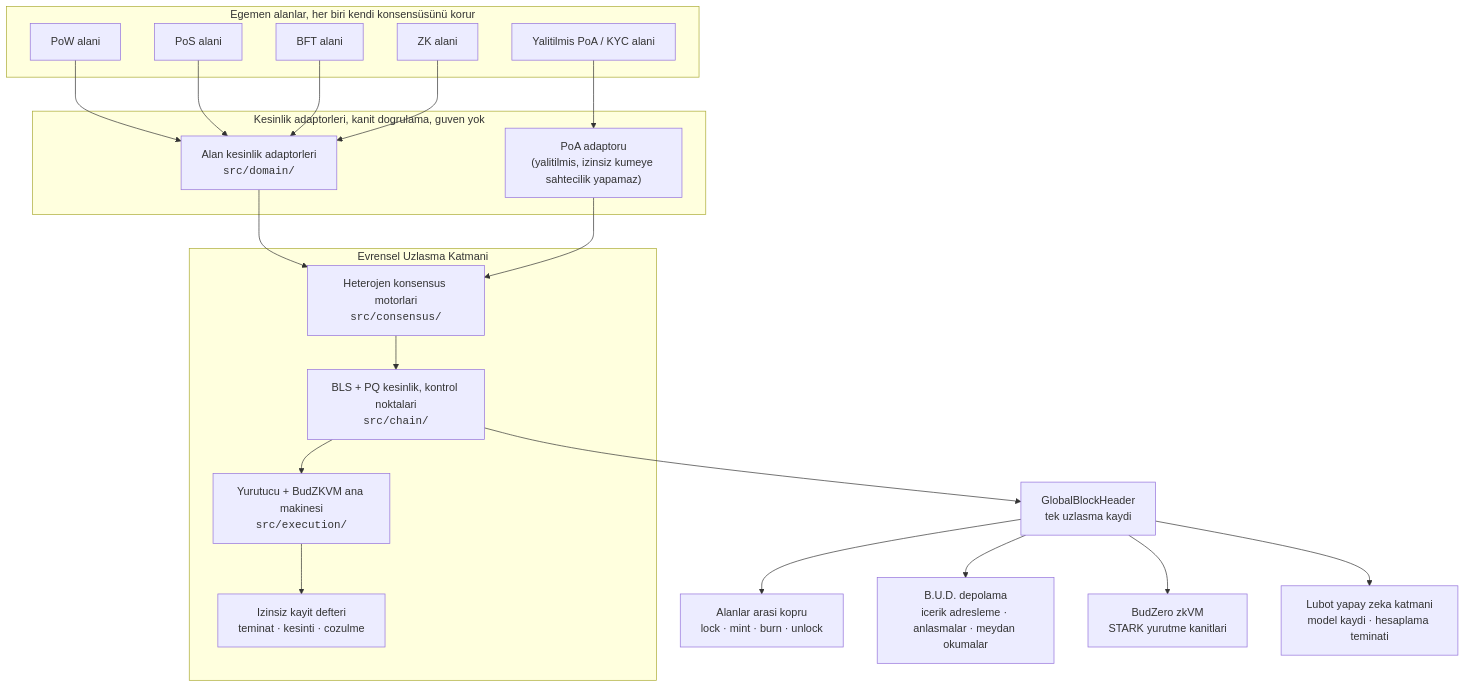
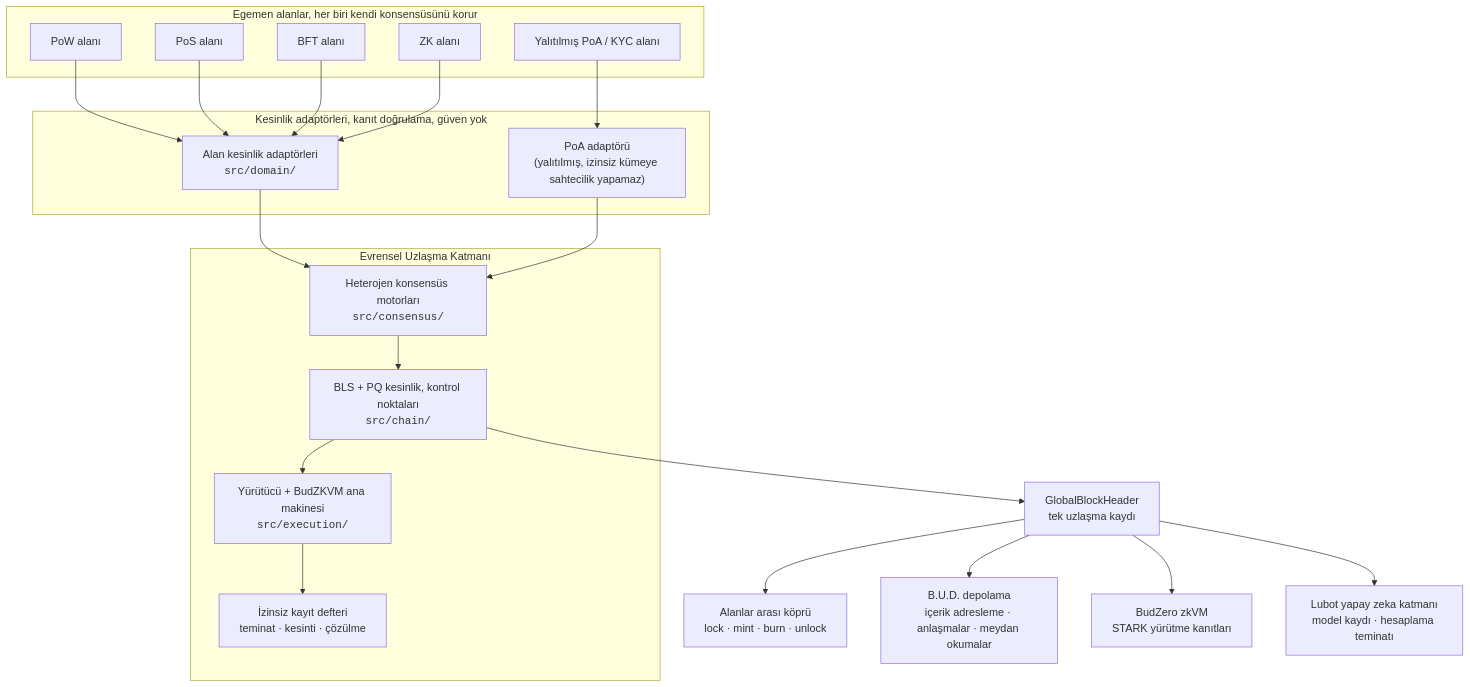
One commit to budlum-xyz/budlum changed the diagram in README.tr.md. Above: the diagram before and after it, drawn with Mermaid. The commit also changed other lines of this file and 6 other files, not shown here.

````diff
--- a/README.tr.md
+++ b/README.tr.md
@@ -65,39 +65,39 @@
 ```mermaid
 flowchart TB
   subgraph Domains["Egemen alanlar, her biri kendi konsensüsünü korur"]
-    PoW["PoW alani"]
-    PoS["PoS alani"]
-    BFT["BFT alani"]
-    ZKD["ZK alani"]
-    PoA["Yalitilmis PoA / KYC alani"]
+    PoW["PoW alanı"]
+    PoS["PoS alanı"]
+    BFT["BFT alanı"]
+    ZKD["ZK alanı"]
+    PoA["Yalıtılmış PoA / KYC alanı"]
   end
 
-  subgraph Adapters["Kesinlik adaptorleri, kanit dogrulama, guven yok"]
-    FA["Alan kesinlik adaptorleri<br/><code>src/domain/</code>"]
-    PA["PoA adaptoru<br/>(yalitilmis, izinsiz kumeye sahtecilik yapamaz)"]
+  subgraph Adapters["Kesinlik adaptörleri, kanıt doğrulama, güven yok"]
+    FA["Alan kesinlik adaptörleri<br/><code>src/domain/</code>"]
+    PA["PoA adaptörü<br/>(yalıtılmış, izinsiz kümeye sahtecilik yapamaz)"]
   end
 
-  subgraph USL["Evrensel Uzlasma Katmani"]
-    CONS["Heterojen konsensus motorlari<br/><code>src/consensus/</code>"]
-    FIN["BLS + PQ kesinlik, kontrol noktalari<br/><code>src/chain/</code>"]
-    EXEC["Yurutucu + BudZKVM ana makinesi<br/><code>src/execution/</code>"]
-    REG["Izinsiz kayit defteri<br/>teminat · kesinti · cozulme"]
+  subgraph USL["Evrensel Uzlaşma Katmanı"]
+    CONS["Heterojen konsensüs motorları<br/><code>src/consensus/</code>"]
+    FIN["BLS + PQ kesinlik, kontrol noktaları<br/><code>src/chain/</code>"]
+    EXEC["Yürütücü + BudZKVM ana makinesi<br/><code>src/execution/</code>"]
+    REG["İzinsiz kayıt defteri<br/>teminat · kesinti · çözülme"]
   end
 
   PoW --> FA
   PoS --> FA
   BFT --> FA
   ZKD --> FA
   PoA --> PA
   FA --> CONS
   PA --> CONS
   CONS --> FIN
   FIN --> EXEC
   EXEC --> REG
 
-  FIN --> GBH["GlobalBlockHeader<br/>tek uzlasma kaydi"]
-  GBH --> BR["Alanlar arasi kopru<br/>lock · mint · burn · unlock"]
-  GBH --> ST["B.U.D. depolama<br/>icerik adresleme · anlasmalar · meydan okumalar"]
-  GBH --> ZK["BudZero zkVM<br/>STARK yurutme kanitlari"]
-  GBH --> AI["Lubot yapay zeka katmani<br/>model kaydi · hesaplama teminati"]
+  FIN --> GBH["GlobalBlockHeader<br/>tek uzlaşma kaydı"]
+  GBH --> BR["Alanlar arası köprü<br/>lock · mint · burn · unlock"]
+  GBH --> ST["B.U.D. depolama<br/>içerik adresleme · anlaşmalar · meydan okumalar"]
+  GBH --> ZK["BudZero zkVM<br/>STARK yürütme kanıtları"]
+  GBH --> AI["Lubot yapay zeka katmanı<br/>model kaydı · hesaplama teminatı"]
 ```
````
